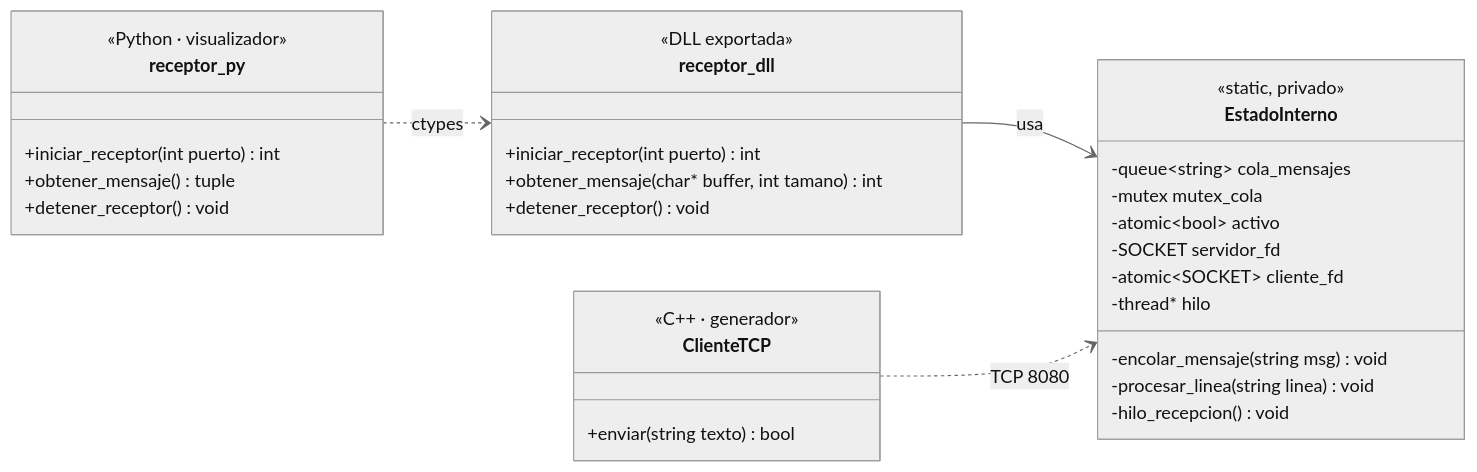
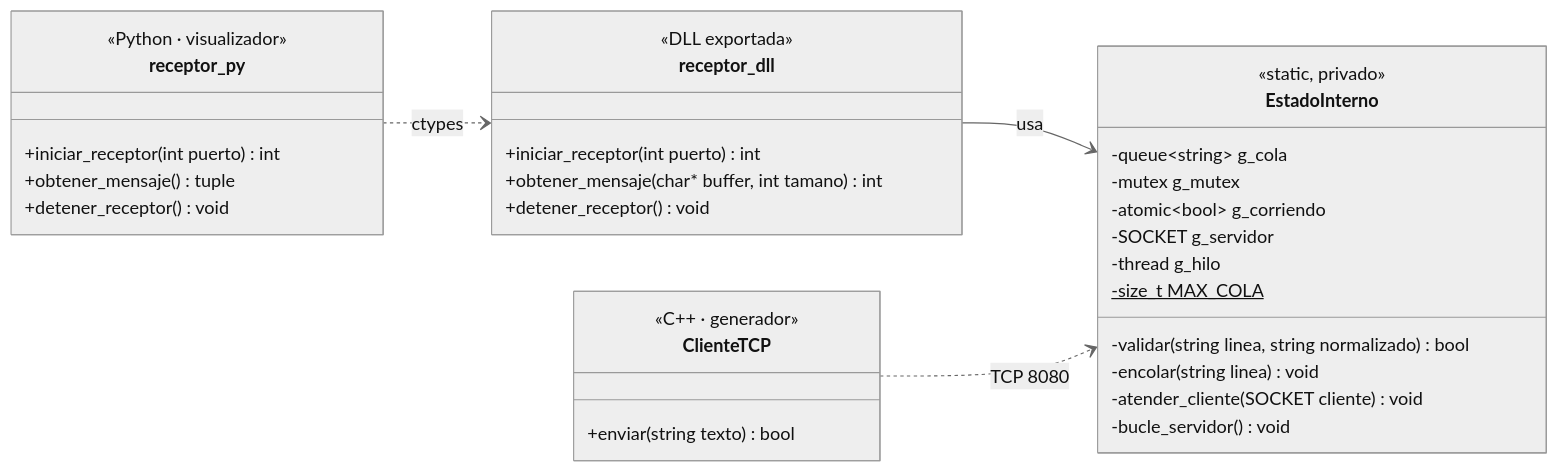
One commit to josuetamayo1/Entrega_2_Estructura changed the first of 2 diagrams in docs/Receptor-DLL.md. Above: the diagram before and after it, drawn with Mermaid (neutral theme). The commit also changed other lines of this file, not shown here.

````diff
--- a/docs/Receptor-DLL.md
+++ b/docs/Receptor-DLL.md
@@ -27,35 +27,36 @@
 ```mermaid
 classDiagram
   direction LR
   class receptor_dll {
     <<DLL exportada>>
     +iniciar_receptor(int puerto) int
     +obtener_mensaje(char* buffer, int tamano) int
     +detener_receptor() void
   }
   class EstadoInterno {
     <<static, privado>>
-    -queue~string~ cola_mensajes
-    -mutex mutex_cola
-    -atomic~bool~ activo
-    -SOCKET servidor_fd
-    -atomic~SOCKET~ cliente_fd
-    -thread* hilo
-    -encolar_mensaje(string msg) void
-    -procesar_linea(string linea) void
-    -hilo_recepcion() void
+    -queue~string~ g_cola
+    -mutex g_mutex
+    -atomic~bool~ g_corriendo
+    -SOCKET g_servidor
+    -thread g_hilo
+    -size_t MAX_COLA$
+    -validar(string linea, string normalizado) bool
+    -encolar(string linea) void
+    -atender_cliente(SOCKET cliente) void
+    -bucle_servidor() void
   }
   class receptor_py {
     <<Python · visualizador>>
     +iniciar_receptor(int puerto) int
     +obtener_mensaje() tuple
     +detener_receptor() void
   }
   class ClienteTCP {
     <<C++ · generador>>
     +enviar(string texto) bool
   }
   receptor_dll --> EstadoInterno : usa
   receptor_py ..> receptor_dll : ctypes
   ClienteTCP ..> EstadoInterno : TCP 8080
 ```
````
